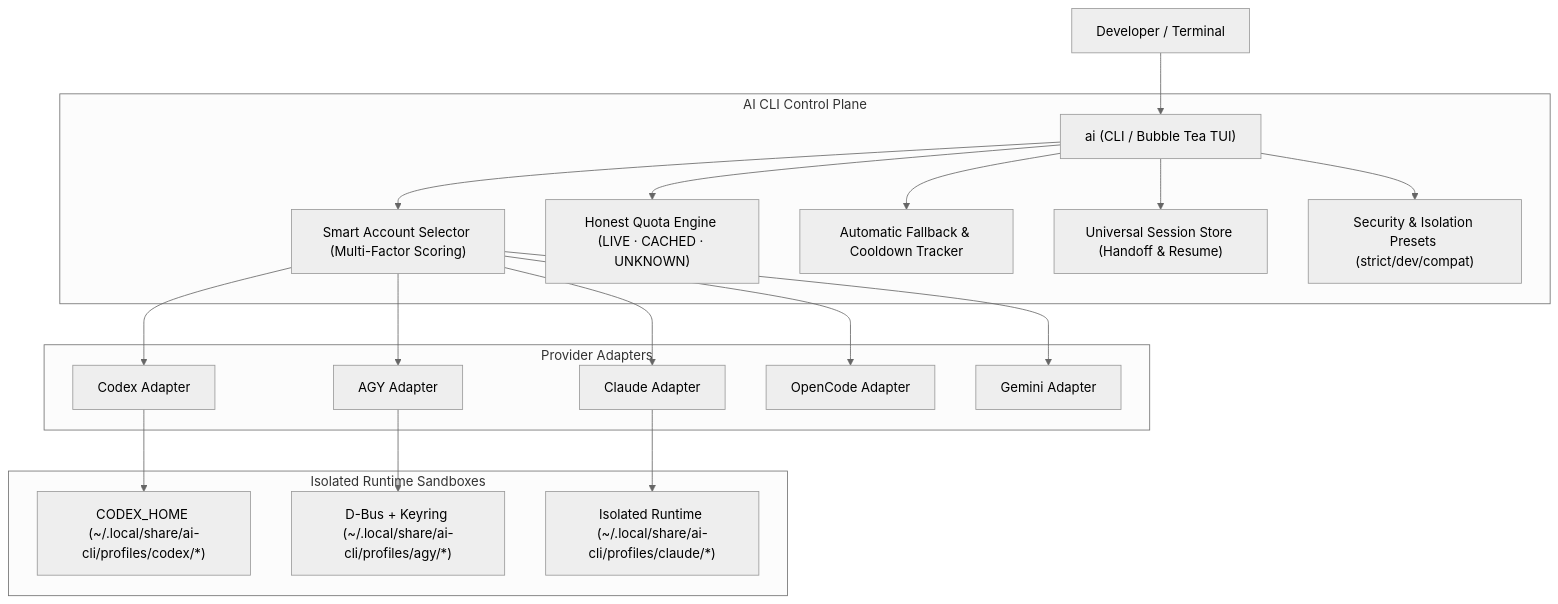
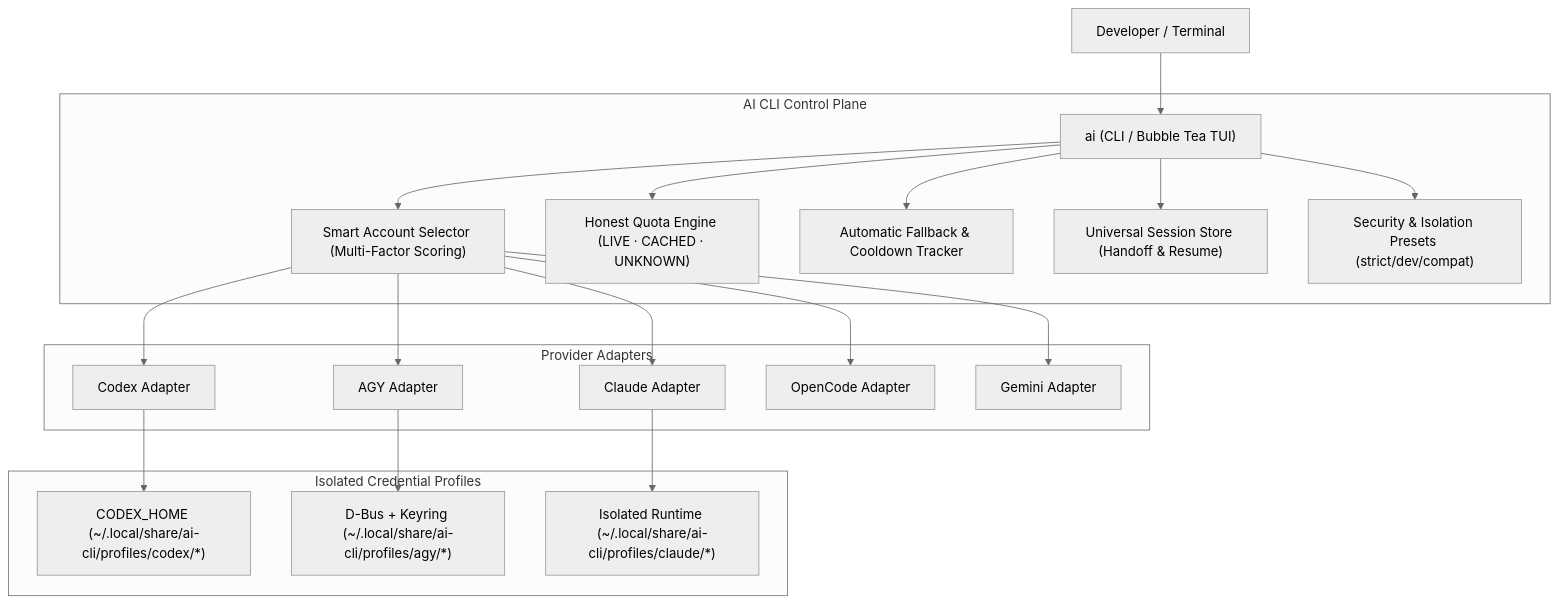
One commit to kivervinicius/ai-cli changed the diagram in README.en.md. Above: the diagram before and after it, drawn with Mermaid (neutral theme). The commit also changed other lines of this file and 79 other files, not shown here.

````diff
--- a/README.en.md
+++ b/README.en.md
@@ -347,26 +347,26 @@
 ```mermaid
 graph TD
     User["Developer / Terminal"] --> Entrypoint["ai (CLI / Bubble Tea TUI)"]
     
     subgraph Control_Plane["AI CLI Control Plane"]
         Entrypoint --> Scheduler["Smart Account Selector (Multi-Factor Scoring)"]
         Entrypoint --> QuotaEngine["Honest Quota Engine (LIVE · CACHED · UNKNOWN)"]
         Entrypoint --> FallbackExec["Automatic Fallback & Cooldown Tracker"]
         Entrypoint --> SessionIndex["Universal Session Store (Handoff & Resume)"]
         Entrypoint --> SecurityLayer["Security & Isolation Presets (strict/dev/compat)"]
     end
     
     subgraph Provider_Adapters["Provider Adapters"]
         Scheduler --> CodexAd["Codex Adapter"]
         Scheduler --> AgyAd["AGY Adapter"]
         Scheduler --> ClaudeAd["Claude Adapter"]
         Scheduler --> OpenCodeAd["OpenCode Adapter"]
         Scheduler --> GeminiAd["Gemini Adapter"]
     end
     
-    subgraph Sandboxes["Isolated Runtime Sandboxes"]
+    subgraph Sandboxes["Isolated Credential Profiles"]
         CodexAd --> CodexHome["CODEX_HOME (~/.local/share/ai-cli/profiles/codex/*)"]
         AgyAd --> AgyHome["D-Bus + Keyring (~/.local/share/ai-cli/profiles/agy/*)"]
         ClaudeAd --> ClaudeHome["Isolated Runtime (~/.local/share/ai-cli/profiles/claude/*)"]
     end
 ```
````
